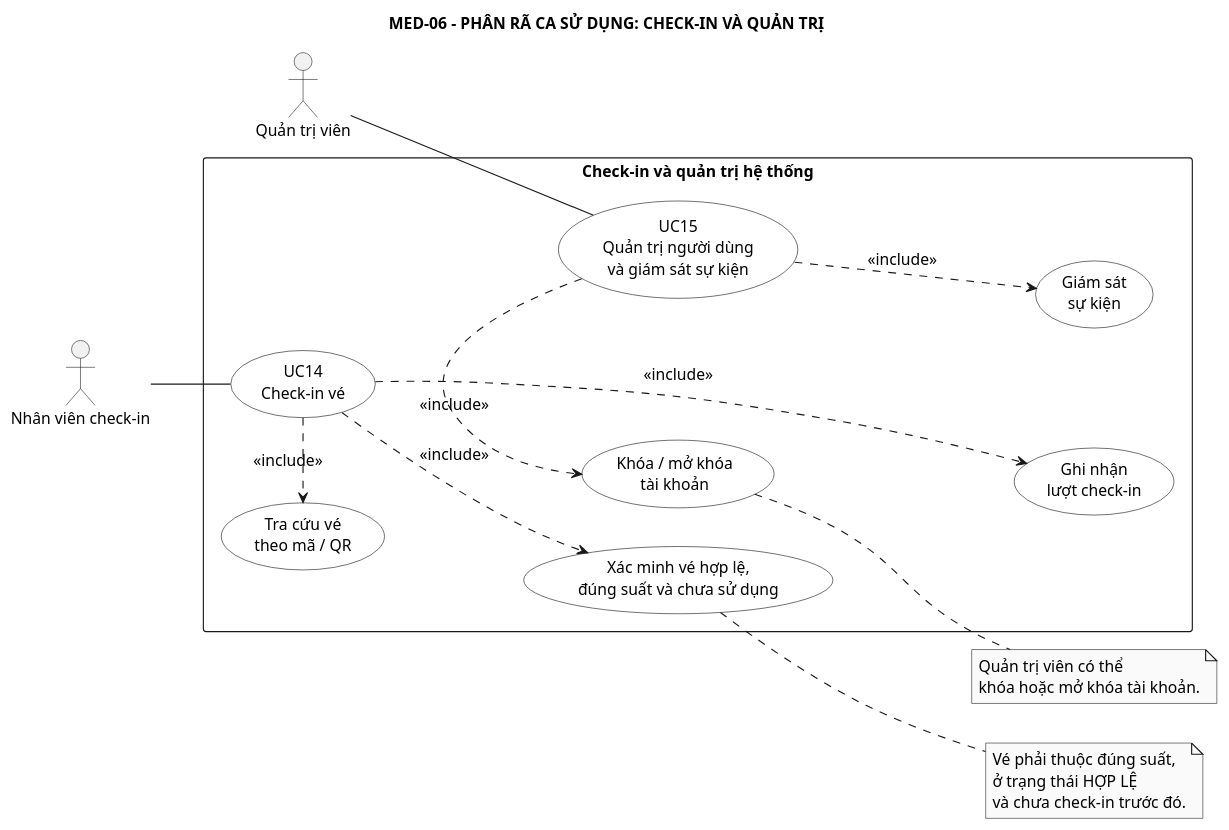
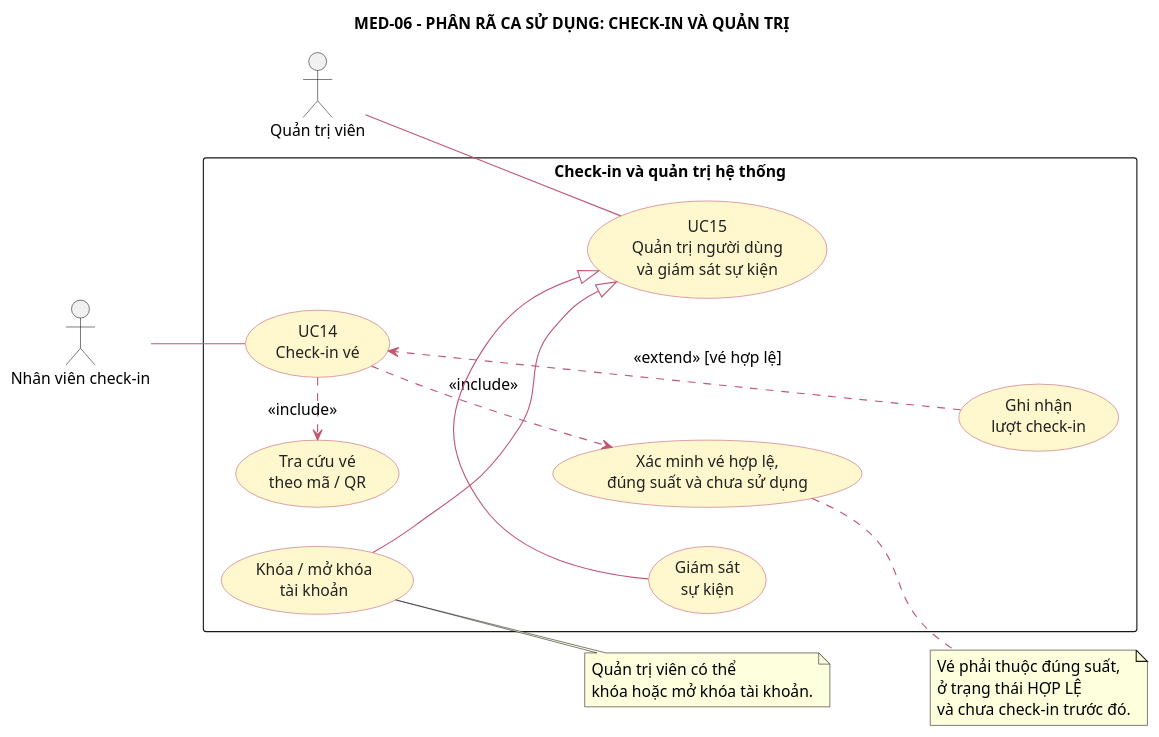
The diagram in PTTK/01_Actor_UseCase/05-use-case-checkin-admin.puml (anh632k-ui/OOP-DoAn), drawn with PlantUML before and after one commit. The commit also changed 5 other files, not shown here.

Commit message:
fix(pttk): chỉnh Use Case actors/include-extend và định dạng mẫu thầy

```diff
--- a/PTTK/01_Actor_UseCase/05-use-case-checkin-admin.puml
+++ b/PTTK/01_Actor_UseCase/05-use-case-checkin-admin.puml
@@ -1,58 +1,58 @@
 @startuml
 left to right direction
-skinparam monochrome true
 skinparam shadowing false
 skinparam actorStyle stick
 skinparam defaultFontSize 14
 skinparam packageStyle rectangle
 skinparam usecase {
-  BackgroundColor White
-  BorderColor Black
-  FontColor Black
+ BackgroundColor #FFF8CE
+ BorderColor #C05773
+ ArrowColor #C05773
+ FontColor #222222
 }
 
 title MED-06 - PHÂN RÃ CA SỬ DỤNG: CHECK-IN VÀ QUẢN TRỊ
 
 actor "Nhân viên check-in" as NV
 actor "Quản trị viên" as QTV
 
 rectangle "Check-in và quản trị hệ thống" as HT {
   usecase "UC14\nCheck-in vé" as UC14
   usecase "UC15\nQuản trị người dùng\nvà giám sát sự kiện" as UC15
 
   usecase "Tra cứu vé\ntheo mã / QR" as LOOKUP
   usecase "Xác minh vé hợp lệ,\nđúng suất và chưa sử dụng" as VALIDATE
   usecase "Ghi nhận\nlượt check-in" as RECORD
 
   usecase "Khóa / mở khóa\ntài khoản" as ACCOUNT
   usecase "Giám sát\nsự kiện" as MONITOR
 
   UC14 .> LOOKUP : <<include>>
   UC14 .> VALIDATE : <<include>>
-  UC14 .> RECORD : <<include>>
+  RECORD .> UC14 : <<extend>> [vé hợp lệ]
 
-  UC15 .> ACCOUNT : <<include>>
-  UC15 .> MONITOR : <<include>>
+  ACCOUNT -|> UC15
+  MONITOR -|> UC15
 
   LOOKUP -[hidden]down- VALIDATE
   VALIDATE -[hidden]down- RECORD
 
   ACCOUNT -[hidden]down- MONITOR
   UC14 -[hidden]down- UC15
 }
 
 NV -- UC14
 QTV -- UC15
 
 note right of VALIDATE
 Vé phải thuộc đúng suất,
 ở trạng thái HỢP LỆ
 và chưa check-in trước đó.
 end note
 
 note right of ACCOUNT
 Quản trị viên có thể
 khóa hoặc mở khóa tài khoản.
 end note
 
 @enduml
```
